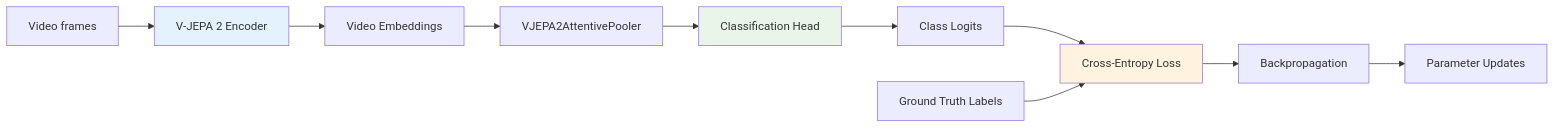
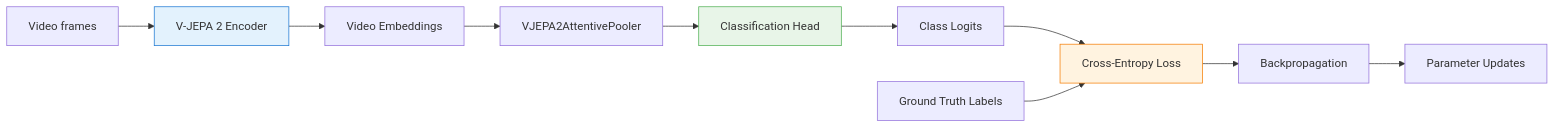
One commit to ZacCarrico/vjepa2 changed the first of 8 diagrams in docs/lora_architecture_diagrams.md. Above: the diagram before and after it, drawn with Mermaid. The commit also changed other lines of this file and 1 other file, not shown here.

````diff
--- a/docs/lora_architecture_diagrams.md
+++ b/docs/lora_architecture_diagrams.md
@@ -6,17 +6,17 @@
 ```mermaid
 graph LR
     A[Video frames] --> B[V-JEPA 2 Encoder]
     B --> C[Video Embeddings]
     C --> D[VJEPA2AttentivePooler]
     D --> E[Classification Head]
     E --> F[Class Logits]
     F --> G[Cross-Entropy Loss]
 
     H[Ground Truth Labels] --> G
     G --> I[Backpropagation]
     I --> J[Parameter Updates]
 
-    style B fill:#e3f2fd
-    style E fill:#e8f5e8
-    style G fill:#fff3e0
+    style B fill:#e3f2fd,stroke:#1976d2
+    style E fill:#e8f5e8,stroke:#4caf50
+    style G fill:#fff3e0,stroke:#f57c00
 ```
````
